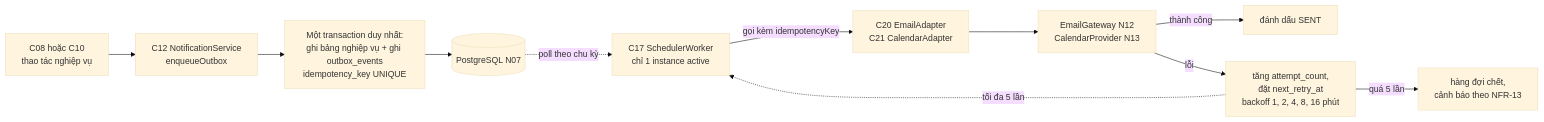
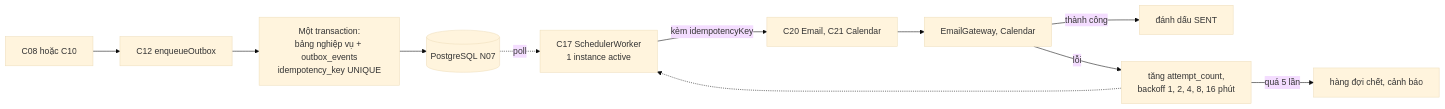
One commit to ktcshust/IT3120 changed the fourth of 5 diagrams in report/chapter_5_design.md. Above: the diagram before and after it, drawn with Mermaid (base theme). The commit also changed other lines of this file and 36 other files, not shown here.

First line of the commit message:
Phần D: chỉnh Chương 5-6 đạt chuẩn một chương báo cáo

````diff
--- a/report/chapter_5_design.md
+++ b/report/chapter_5_design.md
@@ -446,13 +270,13 @@
 ```mermaid
 flowchart LR
-    A["C08 hoặc C10<br/>thao tác nghiệp vụ"] --> B["C12 NotificationService<br/>enqueueOutbox"]
-    B --> T["Một transaction duy nhất:<br/>ghi bảng nghiệp vụ + ghi outbox_events<br/>idempotency_key UNIQUE"]
+    A["C08 hoặc C10"] --> B["C12 enqueueOutbox"]
+    B --> T["Một transaction:<br/>bảng nghiệp vụ + outbox_events<br/>idempotency_key UNIQUE"]
     T --> DB[("PostgreSQL N07")]
-    DB -.->|"poll theo chu kỳ"| W["C17 SchedulerWorker<br/>chỉ 1 instance active"]
-    W -->|"gọi kèm idempotencyKey"| AD["C20 EmailAdapter<br/>C21 CalendarAdapter"]
-    AD --> EXT["EmailGateway N12<br/>CalendarProvider N13"]
+    DB -.->|"poll"| W["C17 SchedulerWorker<br/>1 instance active"]
+    W -->|"kèm idempotencyKey"| AD["C20 Email, C21 Calendar"]
+    AD --> EXT["EmailGateway, Calendar"]
     EXT -->|"thành công"| S["đánh dấu SENT"]
-    EXT -->|"lỗi"| R["tăng attempt_count,<br/>đặt next_retry_at<br/>backoff 1, 2, 4, 8, 16 phút"]
-    R -.->|"tối đa 5 lần"| W
-    R -->|"quá 5 lần"| DL["hàng đợi chết,<br/>cảnh báo theo NFR-13"]
+    EXT -->|"lỗi"| R["tăng attempt_count,<br/>backoff 1, 2, 4, 8, 16 phút"]
+    R -.-> W
+    R -->|"quá 5 lần"| DL["hàng đợi chết, cảnh báo"]
 ```
````
